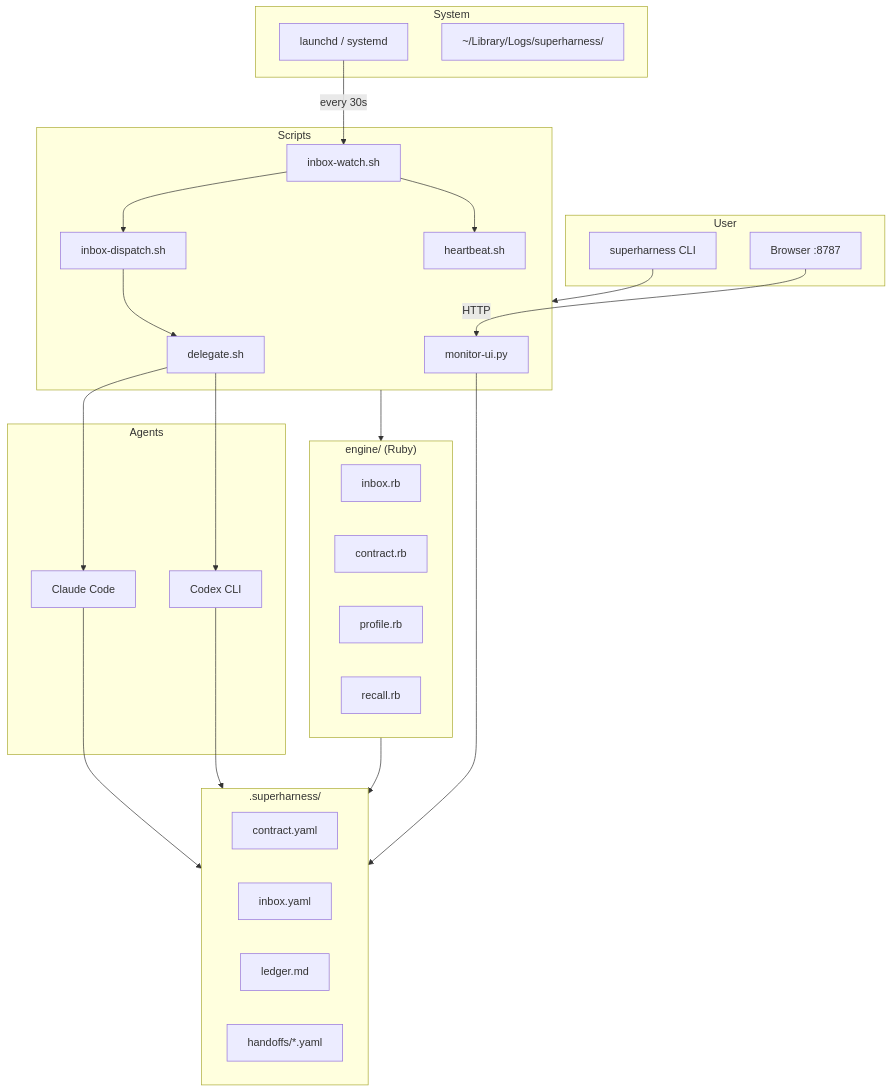
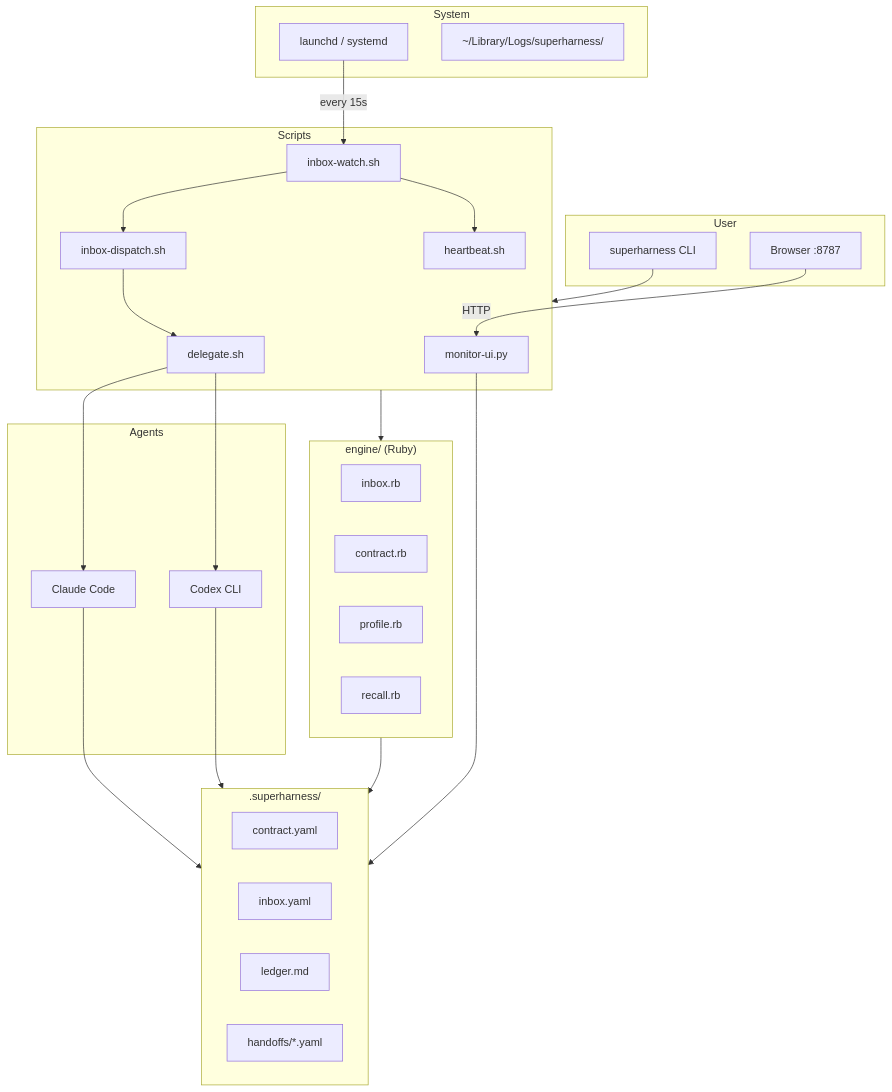
The diagram in docs/ARCHITECTURE.md (artificemachine/superharness), drawn with Mermaid before and after one commit. The commit also changed other lines of this file and 35 other files, not shown here.

````diff
--- a/docs/ARCHITECTURE.md
+++ b/docs/ARCHITECTURE.md
@@ -81,53 +81,53 @@
 ```mermaid
 graph TB
     subgraph User
         CLI["superharness CLI"]
         Browser["Browser :8787"]
     end
 
     subgraph Scripts
         delegate["delegate.sh"]
         dispatch["inbox-dispatch.sh"]
         watch["inbox-watch.sh"]
         heartbeat["heartbeat.sh"]
         monitor["monitor-ui.py"]
     end
 
     subgraph Engine["engine/ (Ruby)"]
         inbox_rb["inbox.rb"]
         contract_rb["contract.rb"]
         profile_rb["profile.rb"]
         recall_rb["recall.rb"]
     end
 
     subgraph State[".superharness/"]
         contract["contract.yaml"]
         inbox["inbox.yaml"]
         ledger["ledger.md"]
         handoffs["handoffs/*.yaml"]
     end
 
     subgraph Agents
         claude["Claude Code"]
         codex["Codex CLI"]
     end
 
     subgraph System
         launchd["launchd / systemd"]
         logs["~/Library/Logs/superharness/"]
     end
 
     CLI --> Scripts
     Browser -->|HTTP| monitor
-    launchd -->|every 30s| watch
+    launchd -->|every 15s| watch
     watch --> dispatch
     watch --> heartbeat
     dispatch --> delegate
     delegate --> claude
     delegate --> codex
     monitor --> State
     claude --> State
     codex --> State
     Engine --> State
     Scripts --> Engine
 ```
````
